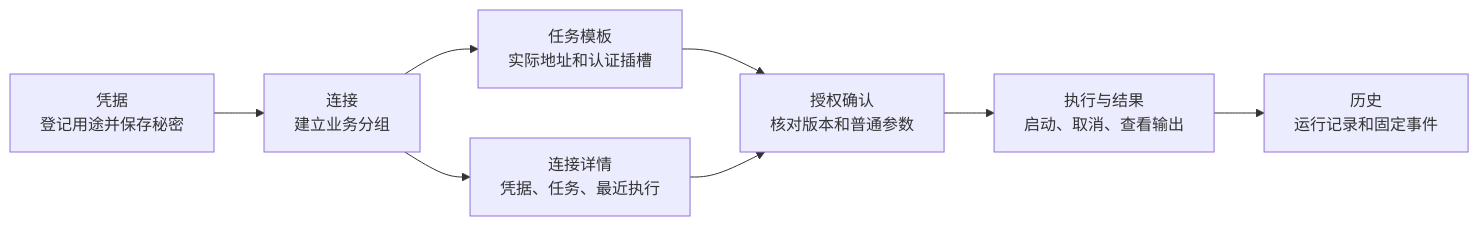
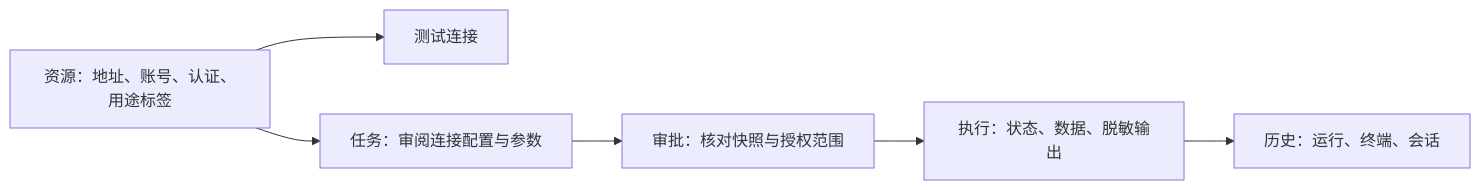
The diagram in docs/user-guide/工作台.md (qq940500529/secretbridge), drawn with Mermaid before and after one commit. The commit also changed other lines of this file and 136 other files, not shown here.

````diff
--- a/docs/user-guide/工作台.md
+++ b/docs/user-guide/工作台.md
@@ -9,10 +9,8 @@
 ```mermaid
 flowchart LR
-    A[凭据\n登记用途并保存秘密] --> B[连接\n建立业务分组]
-    B --> C[任务模板\n实际地址和认证插槽]
-    C --> D[授权确认\n核对版本和普通参数]
-    D --> E[执行与结果\n启动、取消、查看输出]
-    E --> F[历史\n运行记录和固定事件]
-    B --> G[连接详情\n凭据、任务、最近执行]
-    G --> D
+    A["资源：地址、账号、认证、用途标签"] --> B["测试连接"]
+    A --> C["任务：审阅连接配置与参数"]
+    C --> D["审批：核对快照与授权范围"]
+    D --> E["执行：状态、数据、脱敏输出"]
+    E --> F["历史：运行、终端、会话"]
 ```
````
